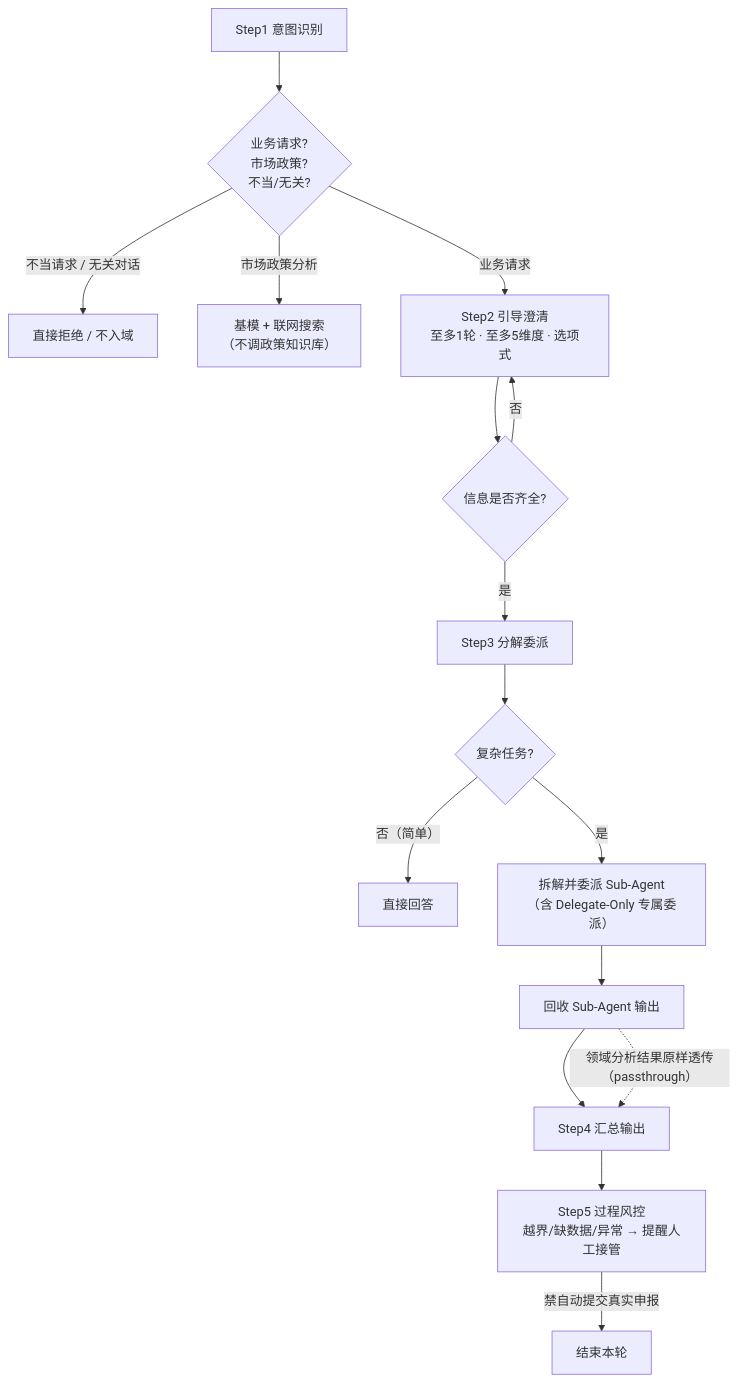
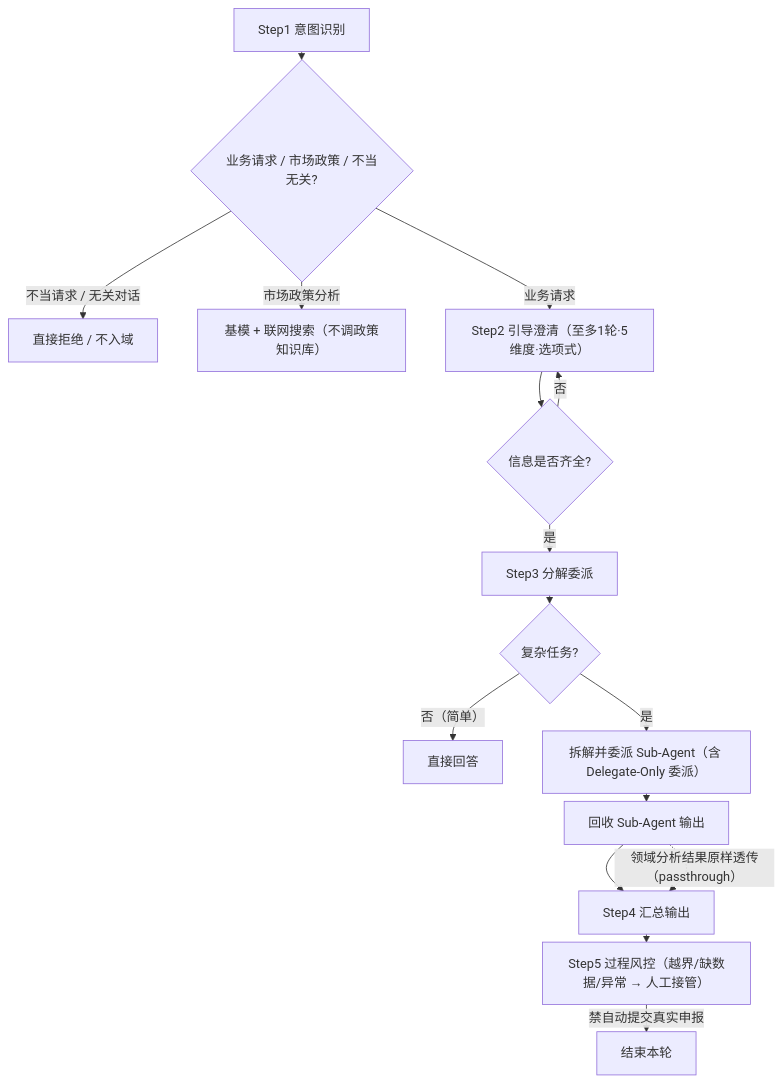
Before and after one commit to jiangjihui/docsify: the second of 7 diagrams in docs/实践/AI智能体/基于LLM超级代理框架的领域增强定制实践.md, drawn with Mermaid. The commit also changed other lines of this file and 57 other files, not shown here.

Commit message:
feat: 增加图示

````diff
--- a/docs/实践/AI智能体/基于LLM超级代理框架的领域增强定制实践.md
+++ b/docs/实践/AI智能体/基于LLM超级代理框架的领域增强定制实践.md
@@ -161,22 +162,23 @@
 ```mermaid
+%%{init: {'flowchart': {'rankSpacing': 10}}}%%
 flowchart TD
-    A["Step1 意图识别"] --> A1{"业务请求?<br/>市场政策?<br/>不当/无关?"}
+    A["Step1 意图识别"] --> A1{"业务请求 / 市场政策 / 不当无关?"}
     A1 -->|"不当请求 / 无关对话"| R["直接拒绝 / 不入域"]
-    A1 -->|"市场政策分析"| M["基模 + 联网搜索<br/>（不调政策知识库）"]
-    A1 -->|"业务请求"| A2["Step2 引导澄清<br/>至多1轮 · 至多5维度 · 选项式"]
+    A1 -->|"市场政策分析"| M["基模 + 联网搜索（不调政策知识库）"]
+    A1 -->|"业务请求"| A2["Step2 引导澄清（至多1轮·5维度·选项式）"]
 
     A2 --> Q{"信息是否齐全?"}
     Q -->|"否"| A2
     Q -->|"是"| A3["Step3 分解委派"]
 
     A3 --> C{"复杂任务?"}
     C -->|"否（简单）"| D["直接回答"]
-    C -->|"是"| E["拆解并委派 Sub-Agent<br/>（含 Delegate-Only 专属委派）"]
+    C -->|"是"| E["拆解并委派 Sub-Agent（含 Delegate-Only 委派）"]
 
     E --> S["回收 Sub-Agent 输出"]
     S --> A4["Step4 汇总输出"]
     S -. "领域分析结果原样透传（passthrough）" .-> A4
 
-    A4 --> A5["Step5 过程风控<br/>越界/缺数据/异常 → 提醒人工接管"]
+    A4 --> A5["Step5 过程风控（越界/缺数据/异常 → 人工接管）"]
     A5 -->|"禁自动提交真实申报"| END["结束本轮"]
 ```
````
